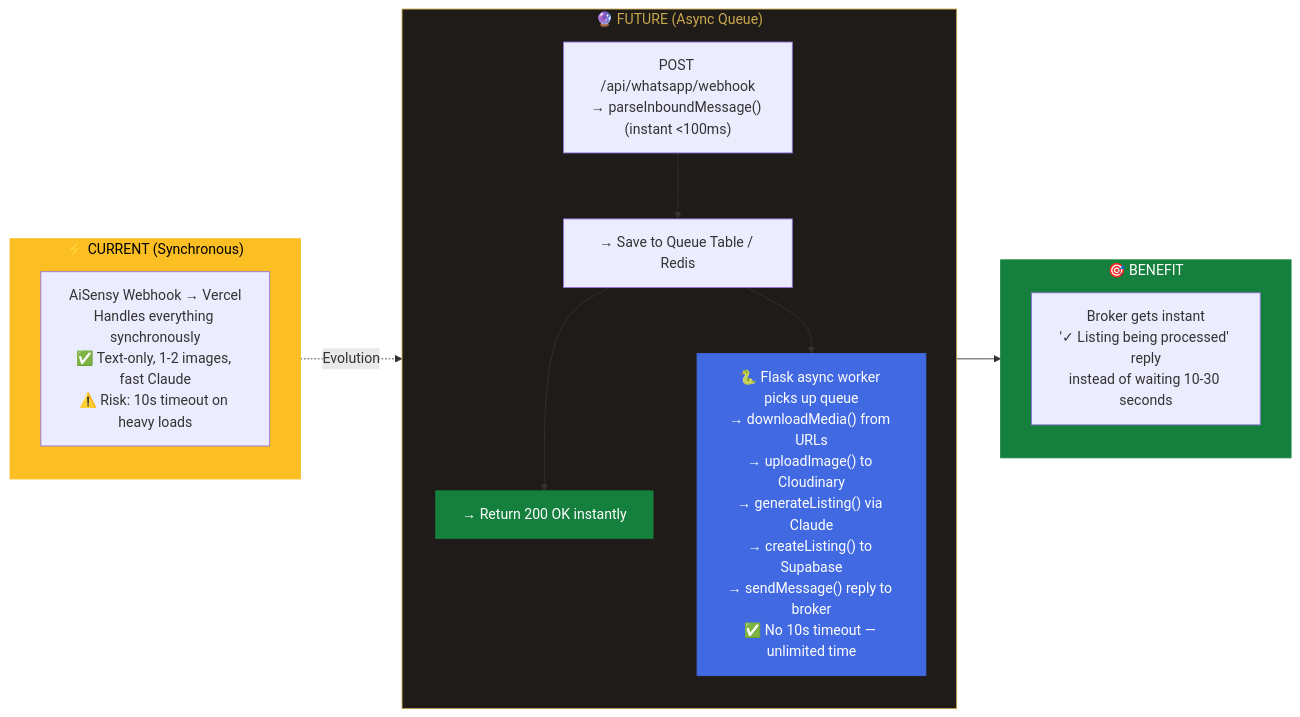
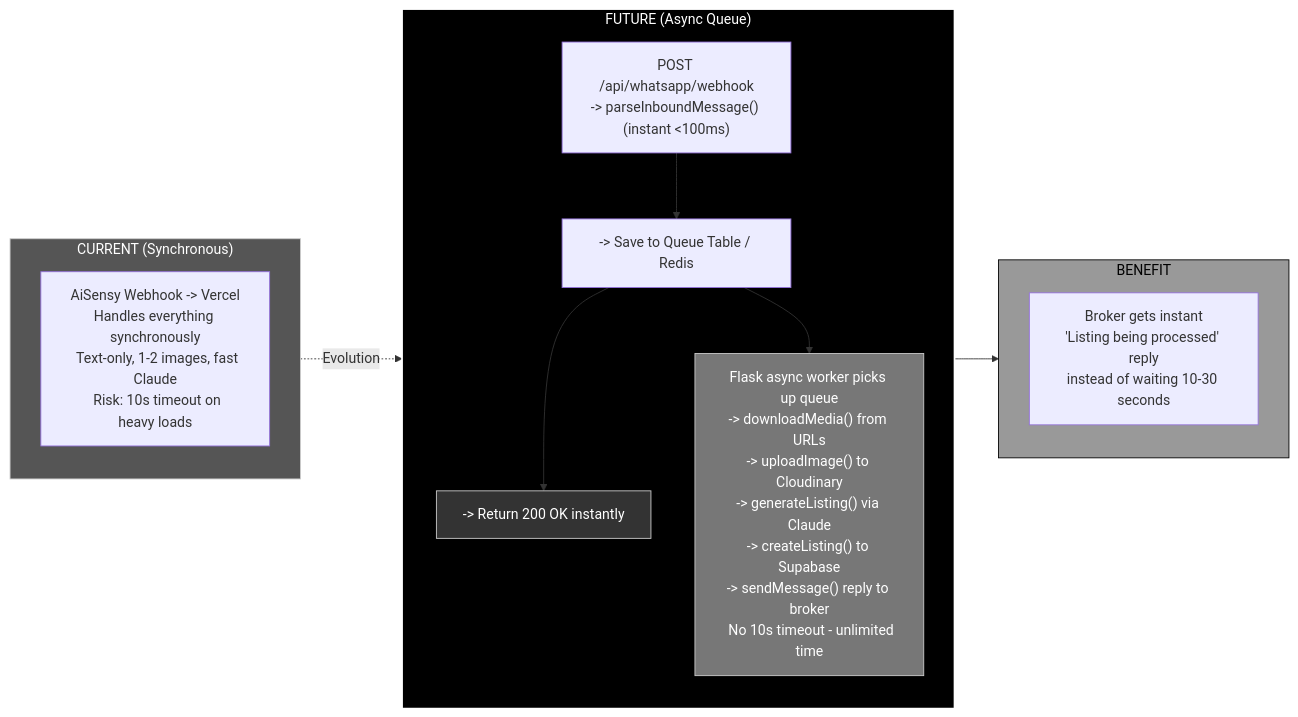
One commit to DeadCoder-N/Soryvanta changed diagram 16 of 16 in README.md. Above: the diagram before and after it, drawn with Mermaid. The commit also changed other lines of this file, not shown here.

````diff
--- a/README.md
+++ b/README.md
@@ -1289,32 +1289,32 @@
 ```mermaid
 flowchart LR
-    subgraph CURRENT["⚡ CURRENT (Synchronous)"]
-        CUR_WEBHOOK["AiSensy Webhook → Vercel<br/>Handles everything synchronously<br/>✅ Text-only, 1-2 images, fast Claude<br/>⚠️ Risk: 10s timeout on heavy loads"]
+    subgraph CURRENT["CURRENT (Synchronous)"]
+        CUR_WEBHOOK["AiSensy Webhook -> Vercel<br/>Handles everything synchronously<br/>  Text-only, 1-2 images, fast Claude<br/>  Risk: 10s timeout on heavy loads"]
     end
 
-    subgraph FUTURE["🔮 FUTURE (Async Queue)"]
+    subgraph FUTURE["FUTURE (Async Queue)"]
         direction TB
-        
-        F_WEBHOOK["POST /api/whatsapp/webhook<br/>→ parseInboundMessage() (instant <100ms)"]
-        F_QUEUE["→ Save to Queue Table / Redis"]
-        F_200["→ Return 200 OK instantly"]
-        F_FLASK["🐍 Flask async worker picks up queue<br/>→ downloadMedia() from URLs<br/>→ uploadImage() to Cloudinary<br/>→ generateListing() via Claude<br/>→ createListing() to Supabase<br/>→ sendMessage() reply to broker<br/>✅ No 10s timeout — unlimited time"]
-        
+
+        F_WEBHOOK["POST /api/whatsapp/webhook<br/>-> parseInboundMessage() (instant <100ms)"]
+        F_QUEUE["-> Save to Queue Table / Redis"]
+        F_200["-> Return 200 OK instantly"]
+        F_FLASK["Flask async worker picks up queue<br/>-> downloadMedia() from URLs<br/>-> uploadImage() to Cloudinary<br/>-> generateListing() via Claude<br/>-> createListing() to Supabase<br/>-> sendMessage() reply to broker<br/>  No 10s timeout - unlimited time"]
+
         F_WEBHOOK --> F_QUEUE
         F_QUEUE --> F_200
         F_QUEUE --> F_FLASK
     end
 
-    subgraph BENEFIT["🎯 BENEFIT"]
-        BENEFIT_TEXT["Broker gets instant<br/>'✓ Listing being processed' reply<br/>instead of waiting 10-30 seconds"]
+    subgraph BENEFIT["BENEFIT"]
+        BENEFIT_TEXT["Broker gets instant<br/>'Listing being processed' reply<br/>instead of waiting 10-30 seconds"]
     end
 
     CURRENT -.->|Evolution| FUTURE
     FUTURE --> BENEFIT
 
-    style CURRENT fill:#fbbf24,color:#000,stroke:#fbbf24
-    style FUTURE fill:#1e1b18,color:#C9A84C,stroke:#C9A84C
-    style F_200 fill:#15803D,color:#fff,stroke:#15803D
-    style F_FLASK fill:#4169E1,color:#fff,stroke:#4169E1
-    style BENEFIT fill:#15803D,color:#fff,stroke:#15803D
+    style CURRENT fill:#555,color:#fff,stroke:#ccc
+    style FUTURE fill:#000,color:#fff,stroke:#fff,stroke-width:2px
+    style F_200 fill:#333,color:#fff,stroke:#ccc
+    style F_FLASK fill:#777,color:#fff,stroke:#ccc
+    style BENEFIT fill:#999,color:#000,stroke:#000
 ```
````
